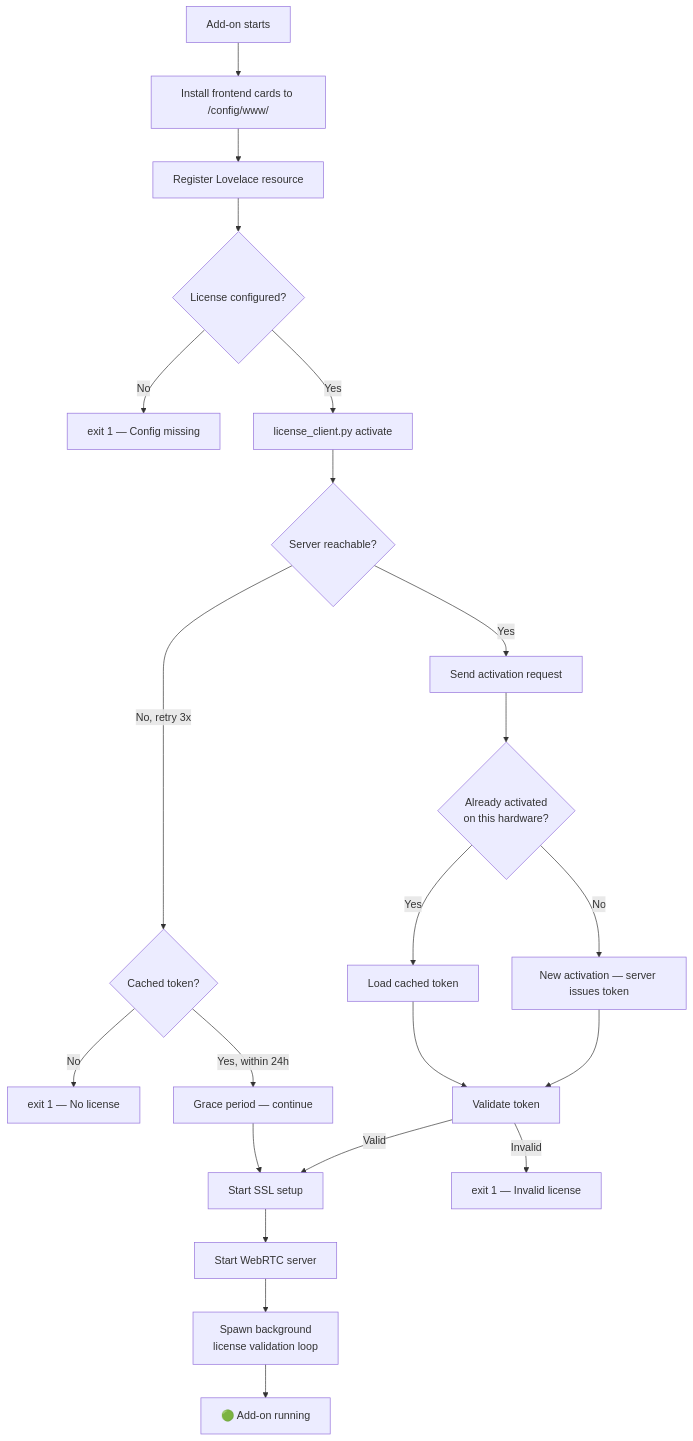
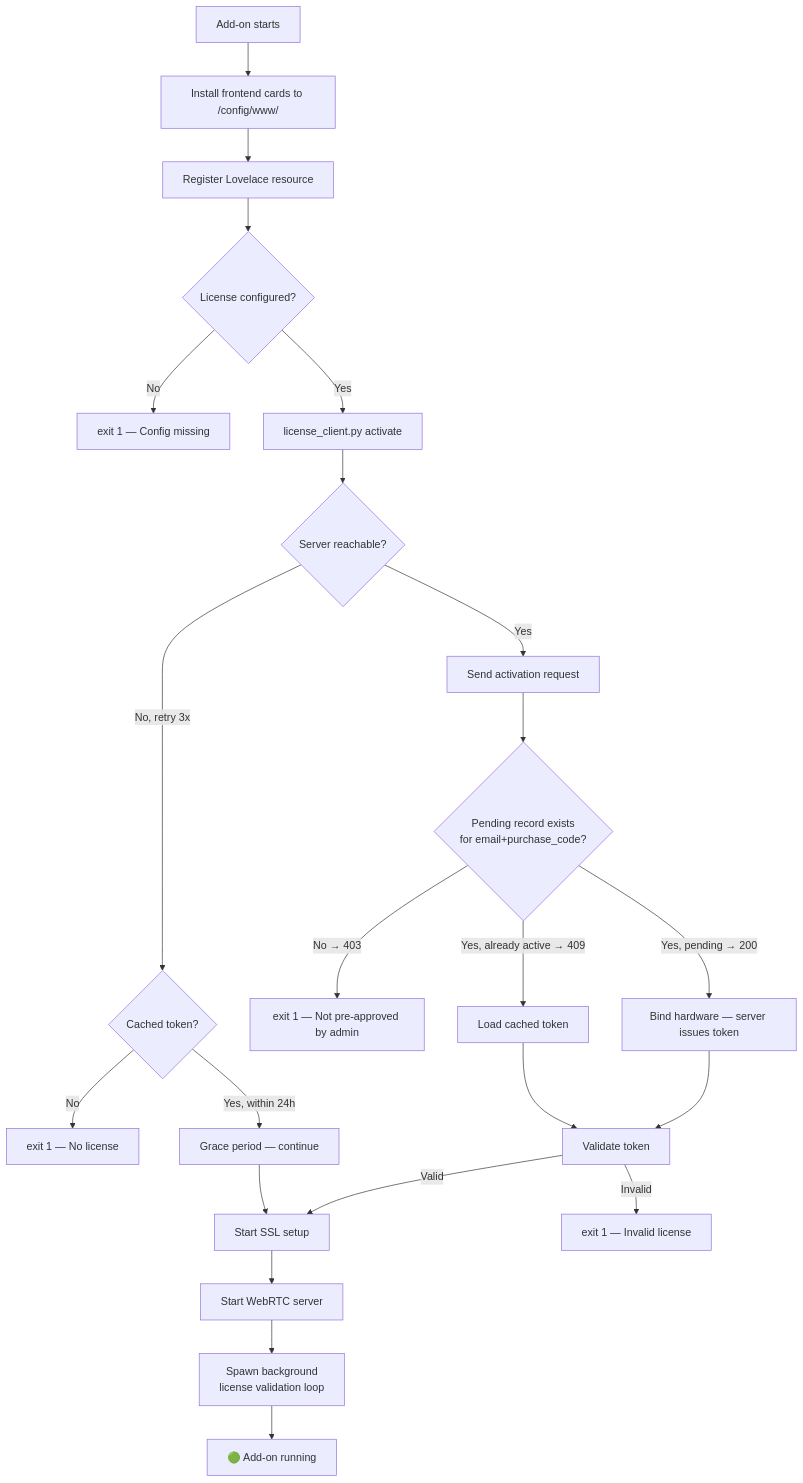
The tenth of 10 diagrams in license_server/.handover/05-COMPLETE-GUIDE.md (Ahmed9190/webrtc-voice-streaming), drawn with Mermaid before and after one commit. The commit also changed other lines of this file, not shown here.

Commit message:
docs: update complete guide to reflect admin-gated activation model

````diff
--- a/license_server/.handover/05-COMPLETE-GUIDE.md
+++ b/license_server/.handover/05-COMPLETE-GUIDE.md
@@ -637,24 +717,25 @@
 ```mermaid
 flowchart TD
     A[Add-on starts] --> B[Install frontend cards to /config/www/]
     B --> C[Register Lovelace resource]
     C --> D{License configured?}
     D -- No --> E[exit 1 — Config missing]
     D -- Yes --> F[license_client.py activate]
     F --> G{Server reachable?}
     G -- No, retry 3x --> H{Cached token?}
     H -- No --> E2[exit 1 — No license]
     H -- Yes, within 24h --> I[Grace period — continue]
     G -- Yes --> J[Send activation request]
-    J --> K{Already activated\non this hardware?}
-    K -- Yes --> L[Load cached token]
-    K -- No --> M[New activation — server issues token]
+    J --> K{Pending record exists\nfor email+purchase_code?}
+    K -- No → 403 --> E3[exit 1 — Not pre-approved by admin]
+    K -- Yes, already active → 409 --> L[Load cached token]
+    K -- Yes, pending → 200 --> M[Bind hardware — server issues token]
     L --> N[Validate token]
     M --> N
     I --> O[Start SSL setup]
     N -- Valid --> O
-    N -- Invalid --> E3[exit 1 — Invalid license]
+    N -- Invalid --> E4[exit 1 — Invalid license]
     O --> P[Start WebRTC server]
     P --> Q[Spawn background\nlicense validation loop]
     Q --> R[🟢 Add-on running]
 ```
````
